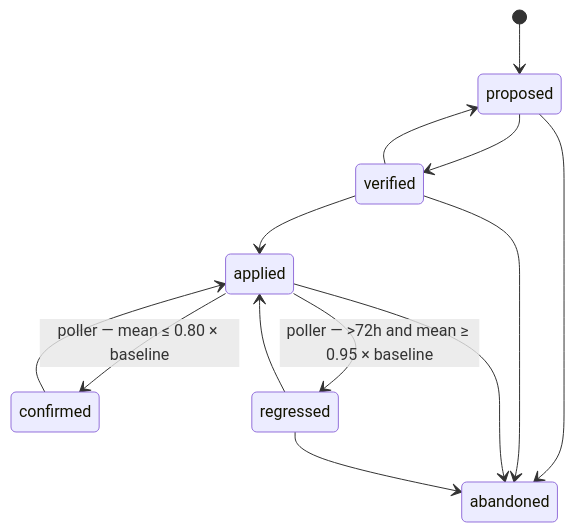
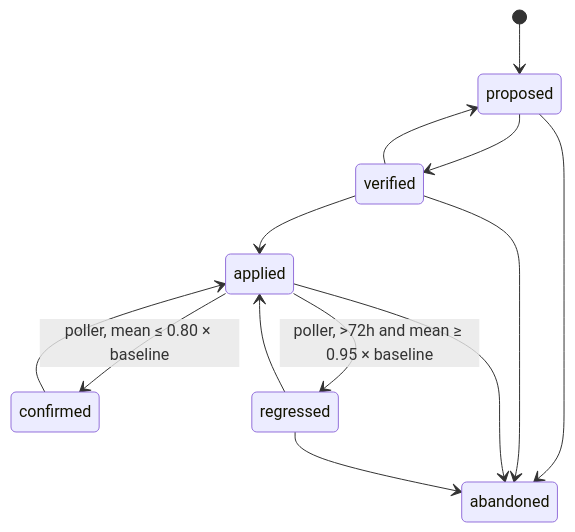
One commit to pgquery-narrative/pgquerynarrative changed the diagram in docs/workflows/regressions.md. Above: the diagram before and after it, drawn with Mermaid. The commit also changed other lines of this file and 91 other files, not shown here.

````diff
--- a/docs/workflows/regressions.md
+++ b/docs/workflows/regressions.md
@@ -64,15 +64,15 @@
 ```mermaid
 stateDiagram-v2
   [*] --> proposed
   proposed --> verified
   proposed --> abandoned
   verified --> applied
   verified --> proposed
   verified --> abandoned
-  applied --> confirmed: poller — mean ≤ 0.80 × baseline
-  applied --> regressed: poller — >72h and mean ≥ 0.95 × baseline
+  applied --> confirmed: poller, mean ≤ 0.80 × baseline
+  applied --> regressed: poller, >72h and mean ≥ 0.95 × baseline
   applied --> abandoned
   confirmed --> applied
   regressed --> applied
   regressed --> abandoned
 ```
````
